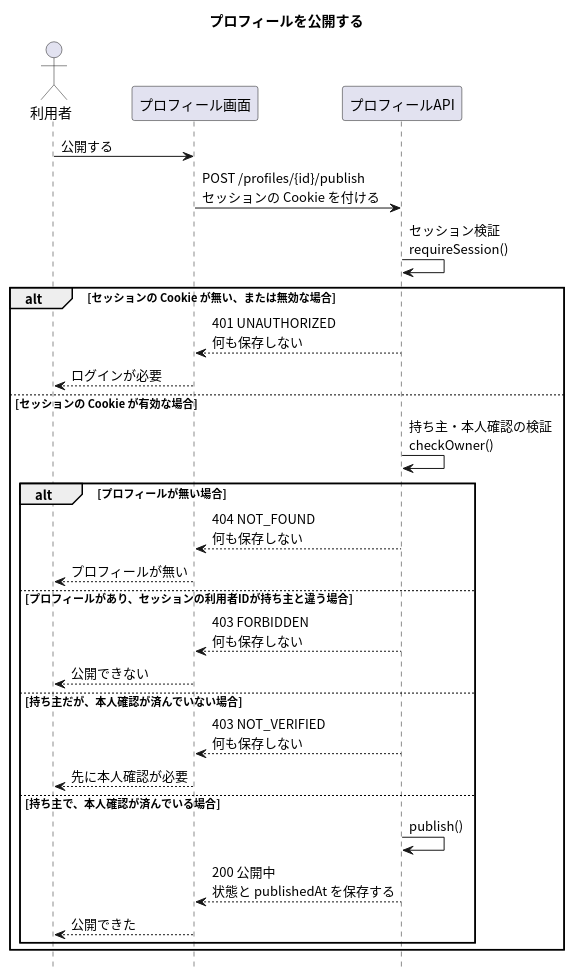
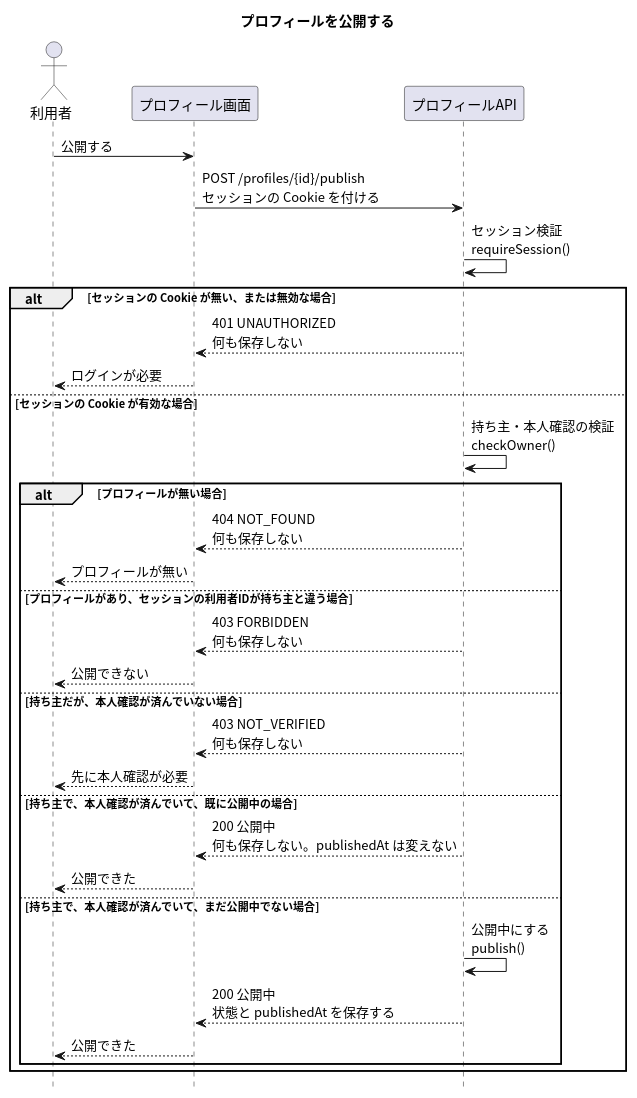
The diagram in apis/publish-profile/入口.puml (masamasamasato/design-doc-template), drawn with PlantUML before and after one commit. The commit also changed 34 other files, not shown here.

```diff
--- a/apis/publish-profile/入口.puml
+++ b/apis/publish-profile/入口.puml
@@ -1,37 +1,40 @@
 @startuml
 skinparam shadowing false
 skinparam defaultFontName "Noto Sans CJK JP"
 skinparam SequenceFontName "Noto Sans CJK JP"
 skinparam NoteBackgroundColor #FFFFCC
 hide footbox
 
 title プロフィールを公開する
 
 actor "利用者" as User
 participant "プロフィール画面" as Screen
 participant "プロフィールAPI" as API
 
 User -> Screen : 公開する
 Screen -> API : POST /profiles/{id}/publish\nセッションの Cookie を付ける
 API -> API : セッション検証\nrequireSession()
 alt セッションの Cookie が無い、または無効な場合
   API --> Screen : 401 UNAUTHORIZED\n何も保存しない
   Screen --> User : ログインが必要
 else セッションの Cookie が有効な場合
   API -> API : 持ち主・本人確認の検証\ncheckOwner()
   alt プロフィールが無い場合
     API --> Screen : 404 NOT_FOUND\n何も保存しない
     Screen --> User : プロフィールが無い
   else プロフィールがあり、セッションの利用者IDが持ち主と違う場合
     API --> Screen : 403 FORBIDDEN\n何も保存しない
     Screen --> User : 公開できない
   else 持ち主だが、本人確認が済んでいない場合
     API --> Screen : 403 NOT_VERIFIED\n何も保存しない
     Screen --> User : 先に本人確認が必要
-  else 持ち主で、本人確認が済んでいる場合
-    API -> API : publish()
+  else 持ち主で、本人確認が済んでいて、既に公開中の場合
+    API --> Screen : 200 公開中\n何も保存しない。publishedAt は変えない
+    Screen --> User : 公開できた
+  else 持ち主で、本人確認が済んでいて、まだ公開中でない場合
+    API -> API : 公開中にする\npublish()
     API --> Screen : 200 公開中\n状態と publishedAt を保存する
     Screen --> User : 公開できた
   end
 end
 @enduml
```
